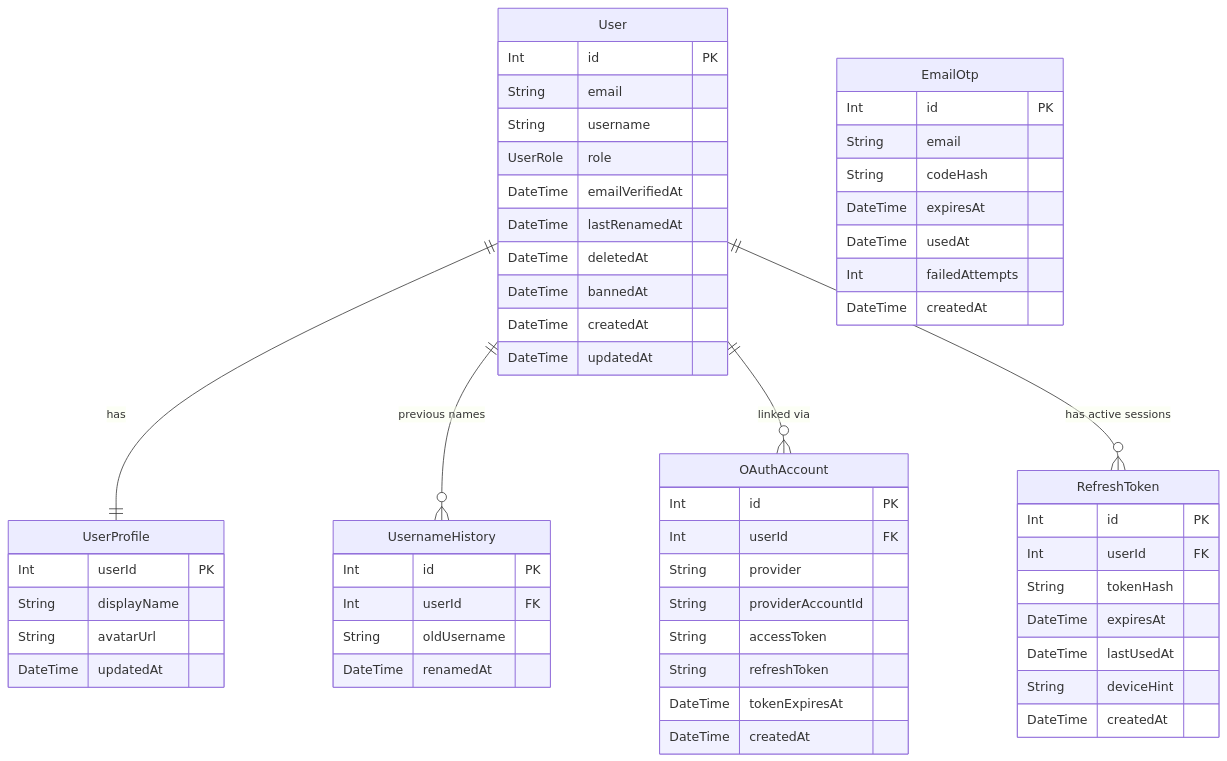
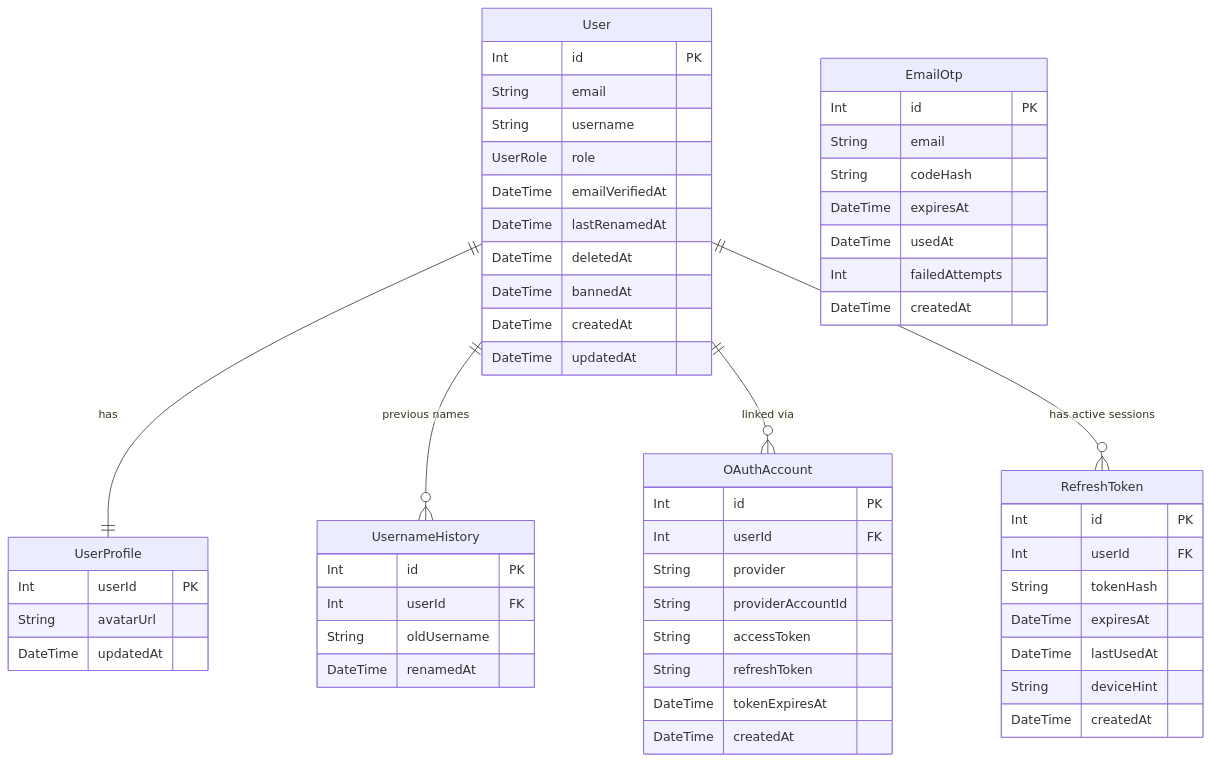
The diagram in docs/user_auth.md (rohitramu/quadsmith), drawn with Mermaid before and after one commit. The commit also changed other lines of this file and 20 other files, not shown here.

Commit message:
Streamline account settings, remove display_name, and add top-bar account menu

````diff
--- a/docs/user_auth.md
+++ b/docs/user_auth.md
@@ -183,60 +182,59 @@
 ```mermaid
 erDiagram
     User {
         Int id PK
         String email
         String username
         UserRole role
         DateTime emailVerifiedAt
         DateTime lastRenamedAt
         DateTime deletedAt
         DateTime bannedAt
         DateTime createdAt
         DateTime updatedAt
     }
     UserProfile {
         Int userId PK
-        String displayName
         String avatarUrl
         DateTime updatedAt
     }
     UsernameHistory {
         Int id PK
         Int userId FK
         String oldUsername
         DateTime renamedAt
     }
     OAuthAccount {
         Int id PK
         Int userId FK
         String provider
         String providerAccountId
         String accessToken
         String refreshToken
         DateTime tokenExpiresAt
         DateTime createdAt
     }
     EmailOtp {
         Int id PK
         String email
         String codeHash
         DateTime expiresAt
         DateTime usedAt
         Int failedAttempts
         DateTime createdAt
     }
     RefreshToken {
         Int id PK
         Int userId FK
         String tokenHash
         DateTime expiresAt
         DateTime lastUsedAt
         String deviceHint
         DateTime createdAt
     }
 
     User ||--|| UserProfile : "has"
     User ||--o{ UsernameHistory : "previous names"
     User ||--o{ OAuthAccount : "linked via"
     User ||--o{ RefreshToken : "has active sessions"
 ```
````
